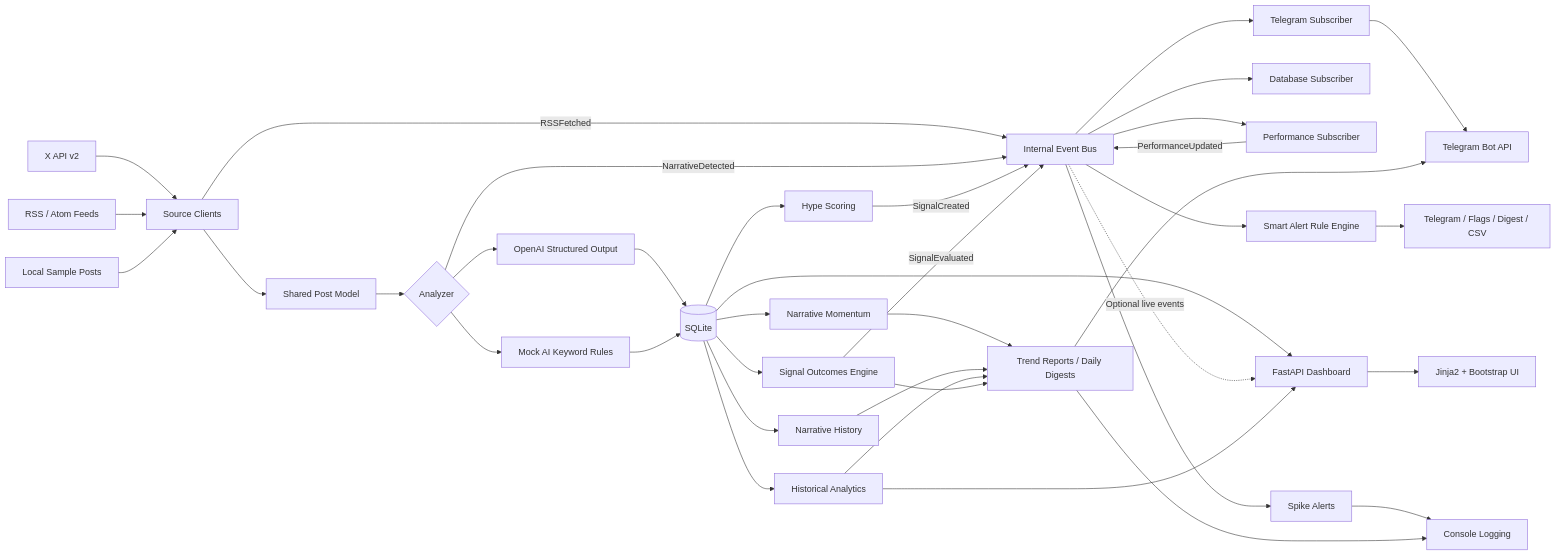
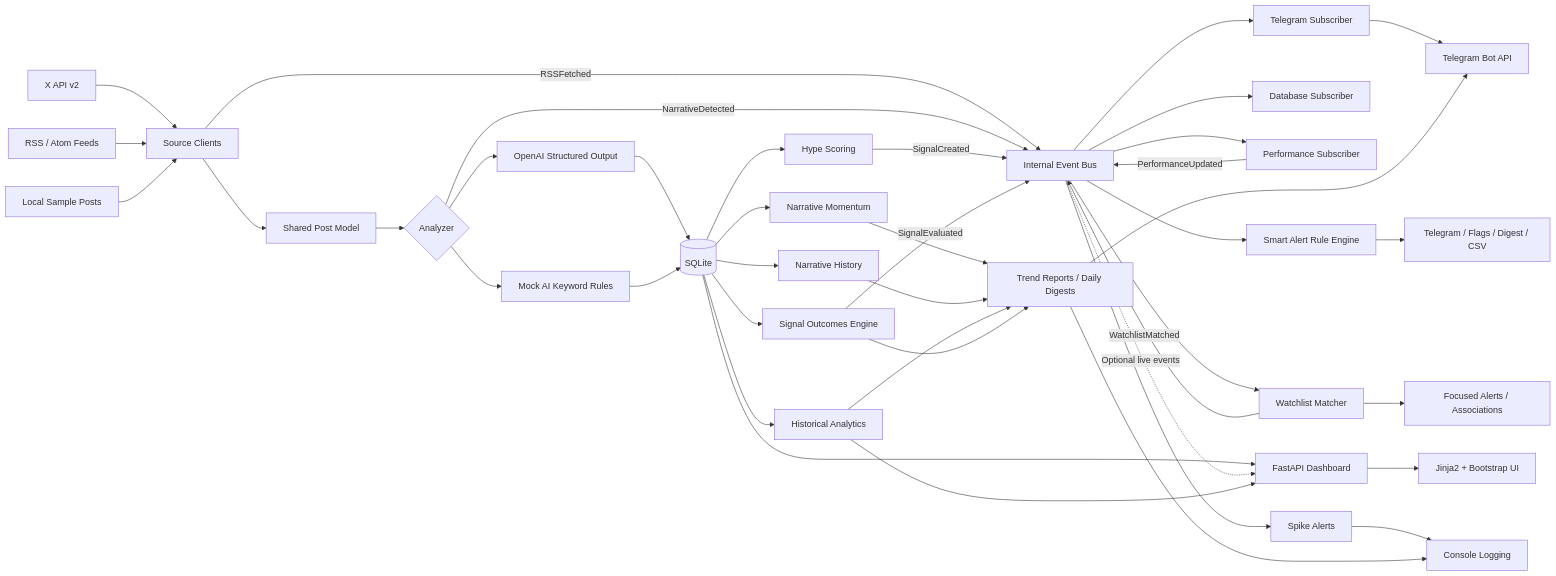
The diagram in README.md (NBSq/X-tracker), drawn with Mermaid before and after one commit. The commit also changed other lines of this file and 25 other files, not shown here.

````diff
--- a/README.md
+++ b/README.md
@@ -32,46 +32,49 @@
 ```mermaid
 flowchart LR
     X["X API v2"] --> Sources["Source Clients"]
     RSS["RSS / Atom Feeds"] --> Sources
     Local["Local Sample Posts"] --> Sources
 
     Sources --> Posts["Shared Post Model"]
     Sources -->|RSSFetched| Bus["Internal Event Bus"]
     Posts --> Analyzer{"Analyzer"}
     Analyzer --> OpenAI["OpenAI Structured Output"]
     Analyzer --> MockAI["Mock AI Keyword Rules"]
 
     OpenAI --> DB[("SQLite")]
     MockAI --> DB
     Analyzer -->|NarrativeDetected| Bus
 
     DB --> Hype["Hype Scoring"]
     DB --> Momentum["Narrative Momentum"]
     DB --> History["Narrative History"]
     DB --> Historical["Historical Analytics"]
     DB --> Outcomes["Signal Outcomes Engine"]
     DB --> Dashboard["FastAPI Dashboard"]
 
     Hype -->|SignalCreated| Bus
     Outcomes -->|SignalEvaluated| Bus
     Bus --> Storage["Database Subscriber"]
     Bus --> Performance["Performance Subscriber"]
     Bus --> Telegram["Telegram Subscriber"]
     Bus --> Rules["Smart Alert Rule Engine"]
+    Bus --> Watchlists["Watchlist Matcher"]
+    Watchlists -->|WatchlistMatched| Bus
+    Watchlists --> Focused["Focused Alerts / Associations"]
     Rules --> RuleActions["Telegram / Flags / Digest / CSV"]
     Performance -->|PerformanceUpdated| Bus
     Bus -. Optional live events .-> Dashboard
 
     Bus --> Alerts["Spike Alerts"]
     Momentum --> Reports["Trend Reports / Daily Digests"]
     History --> Reports
     Historical --> Reports
     Historical --> Dashboard
     Outcomes --> Reports
 
     Alerts --> Console["Console Logging"]
     Telegram --> TelegramAPI["Telegram Bot API"]
     Reports --> Console
     Reports --> TelegramAPI
     Dashboard --> Browser["Jinja2 + Bootstrap UI"]
 ```
````
